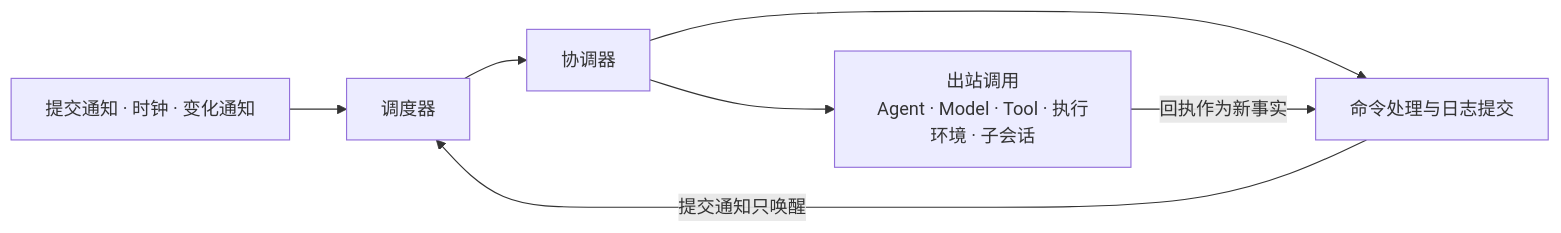
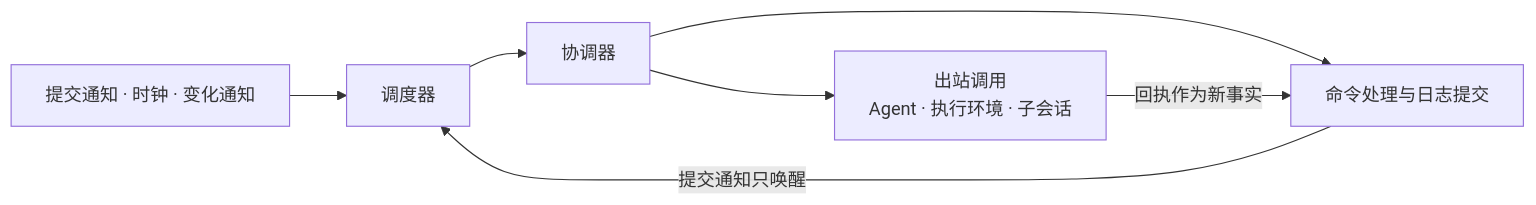
Before and after one commit to nemori-ai/omne-harness-lite: the eighth of 9 diagrams in docs/architecture/runtime/session-and-run.md, drawn with Mermaid. The commit also changed 22 other files, not shown here.

First line of the commit message:
docs(agents): 根入口加两张最简图与心智模型要点，心智模型做成技能 domain-mental-models（#1211）

````diff
--- a/docs/architecture/runtime/session-and-run.md
+++ b/docs/architecture/runtime/session-and-run.md
@@ -319,9 +319,9 @@
 ```mermaid
 flowchart LR
     Signal[提交通知 · 时钟 · 变化通知] --> Sched[调度器]
     Sched --> Coord[协调器]
     Coord --> Cmd[命令处理与日志提交]
-    Coord --> Out[出站调用<br/>Agent · Model · Tool · 执行环境 · 子会话]
+    Coord --> Out[出站调用<br/>Agent · 执行环境 · 子会话]
     Out -->|回执作为新事实| Cmd
     Cmd -->|提交通知只唤醒| Sched
 ```
````
